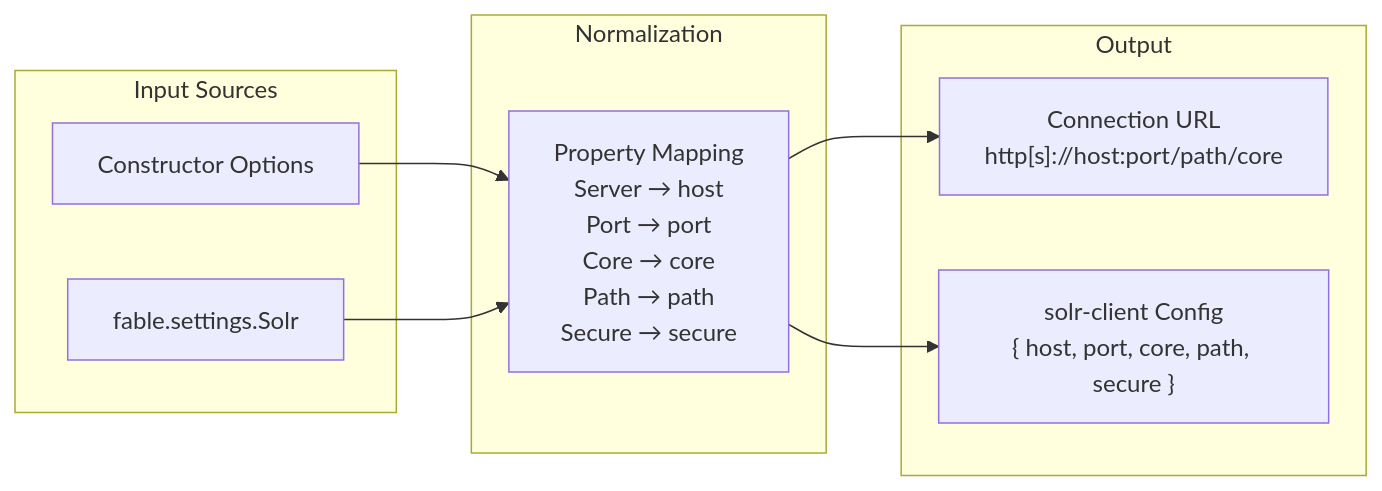
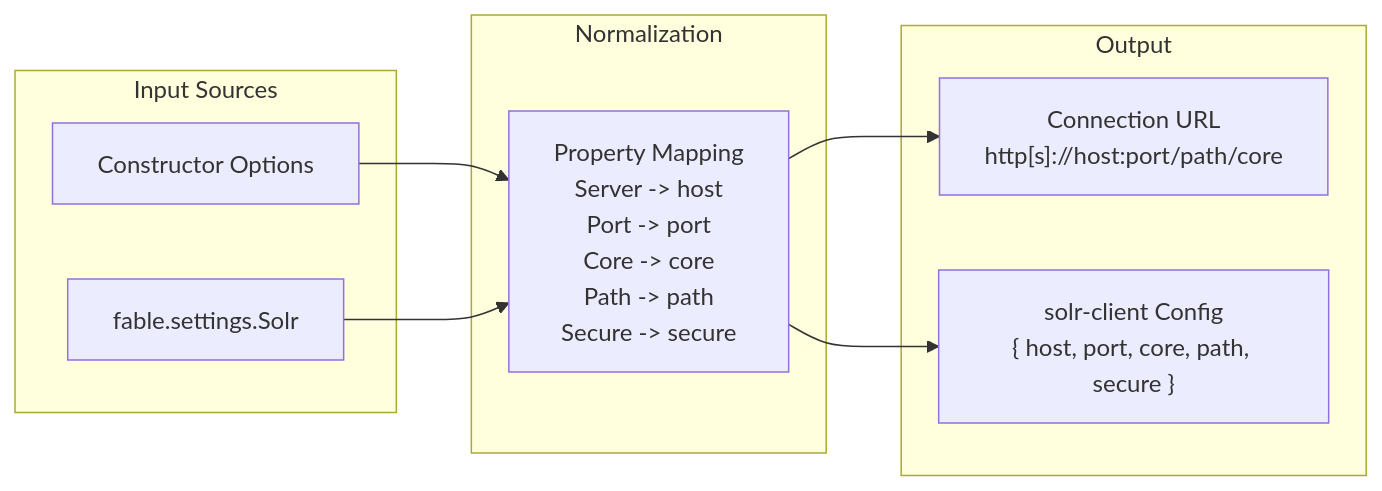
Before and after one commit to stevenvelozo/meadow-connection-solr: the fourth of 6 diagrams in docs/architecture.md, drawn with Mermaid. The commit also changed other lines of this file, not shown here.

Commit message:
Documentation simplification

````diff
--- a/docs/architecture.md
+++ b/docs/architecture.md
@@ -100,18 +100,18 @@
 ```mermaid
 flowchart LR
 	subgraph Input Sources
 		OPT[Constructor Options]
 		SET[fable.settings.Solr]
 	end
 	subgraph Normalization
-		NORM["Property Mapping<br/>Server → host<br/>Port → port<br/>Core → core<br/>Path → path<br/>Secure → secure"]
+		NORM["Property Mapping<br/>Server -> host<br/>Port -> port<br/>Core -> core<br/>Path -> path<br/>Secure -> secure"]
 	end
 	subgraph Output
 		URL["Connection URL<br/>http[s]://host:port/path/core"]
 		CONF["solr-client Config<br/>{ host, port, core, path, secure }"]
 	end
 	OPT --> NORM
 	SET --> NORM
 	NORM --> URL
 	NORM --> CONF
 ```
````
